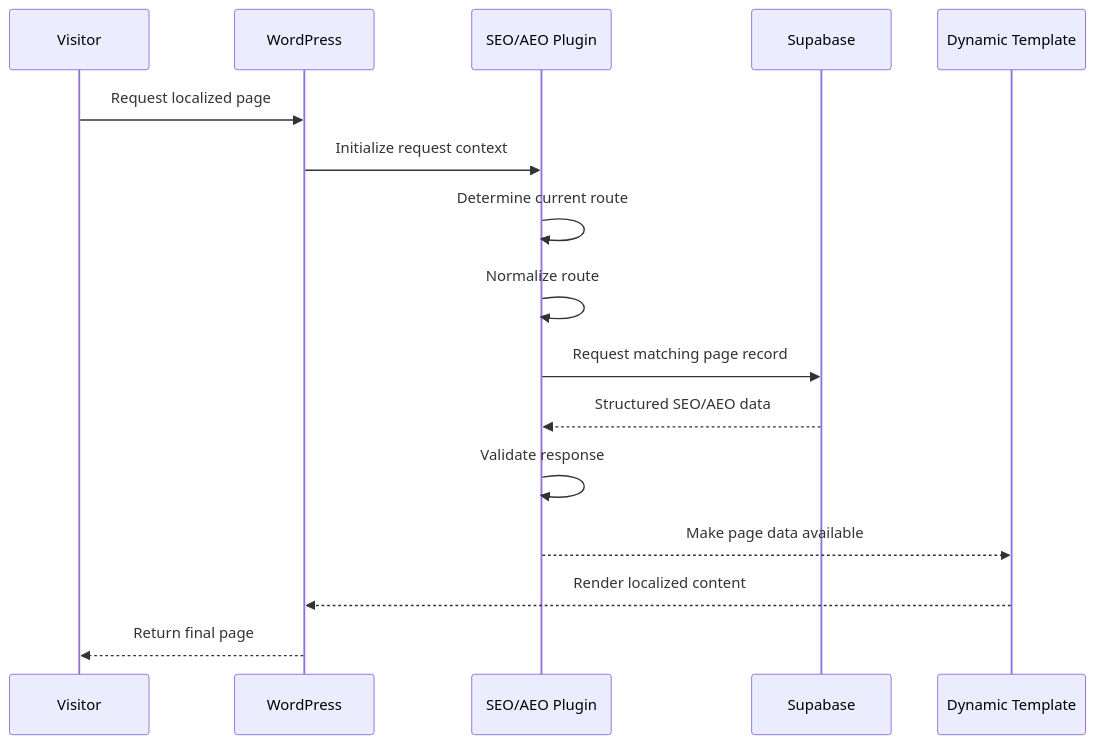
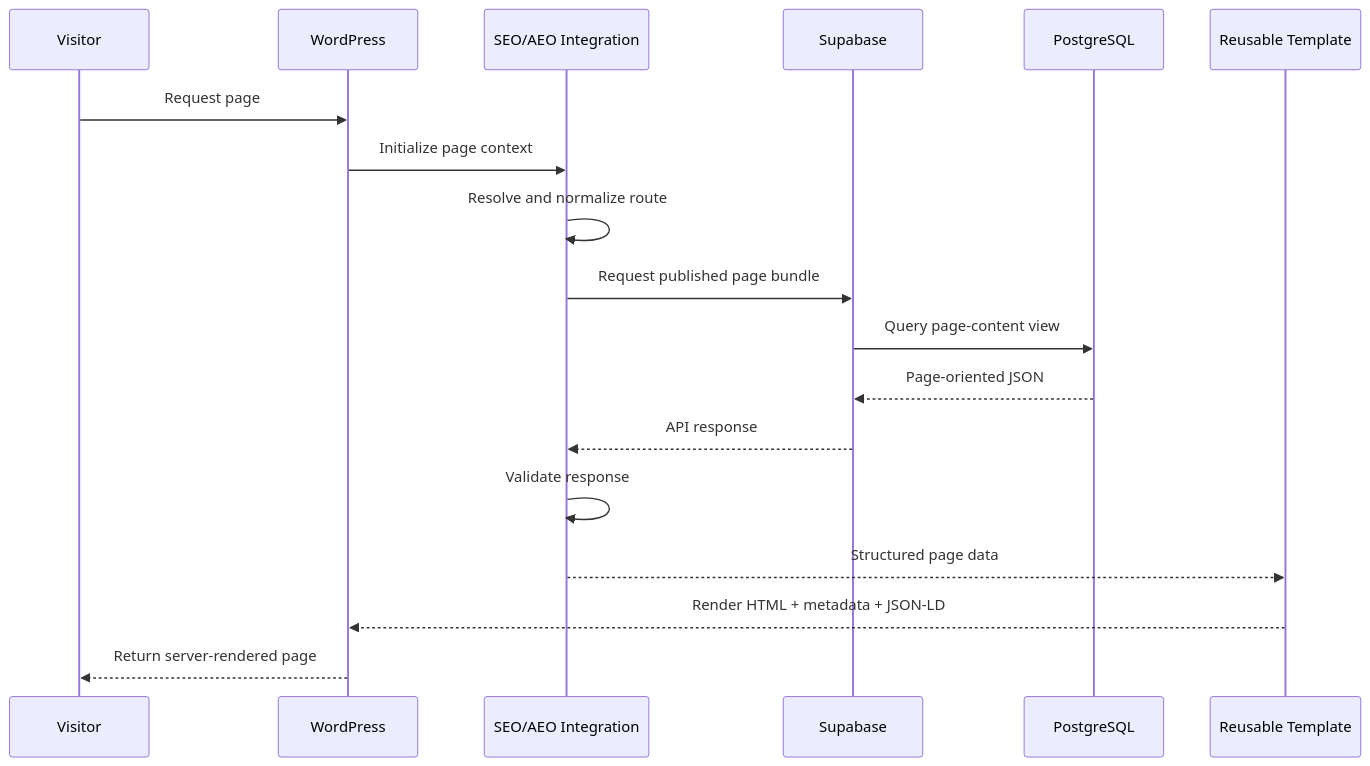
One commit to kaseypelchy-ops/seo-aeo-content-platform-showcase changed the third of 3 diagrams in docs/architecture.md. Above: the diagram before and after it, drawn with Mermaid. The commit also changed other lines of this file, not shown here.

First line of the commit message:
Revise architecture documentation for clarity and detail

````diff
--- a/docs/architecture.md
+++ b/docs/architecture.md
@@ -100,19 +646,21 @@
 ```mermaid
 sequenceDiagram
     participant V as Visitor
     participant W as WordPress
-    participant P as SEO/AEO Plugin
+    participant P as SEO/AEO Integration
     participant S as Supabase
-    participant T as Dynamic Template
+    participant D as PostgreSQL
+    participant T as Reusable Template
 
-    V->>W: Request localized page
-    W->>P: Initialize request context
-    P->>P: Determine current route
-    P->>P: Normalize route
-    P->>S: Request matching page record
-    S-->>P: Structured SEO/AEO data
+    V->>W: Request page
+    W->>P: Initialize page context
+    P->>P: Resolve and normalize route
+    P->>S: Request published page bundle
+    S->>D: Query page-content view
+    D-->>S: Page-oriented JSON
+    S-->>P: API response
     P->>P: Validate response
-    P-->>T: Make page data available
-    T-->>W: Render localized content
-    W-->>V: Return final page
+    P-->>T: Structured page data
+    T-->>W: Render HTML + metadata + JSON-LD
+    W-->>V: Return server-rendered page
 ```
````
